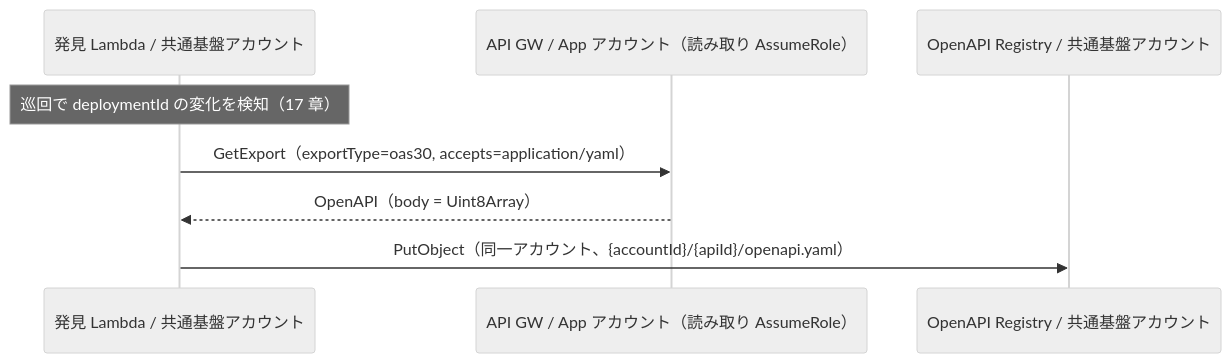
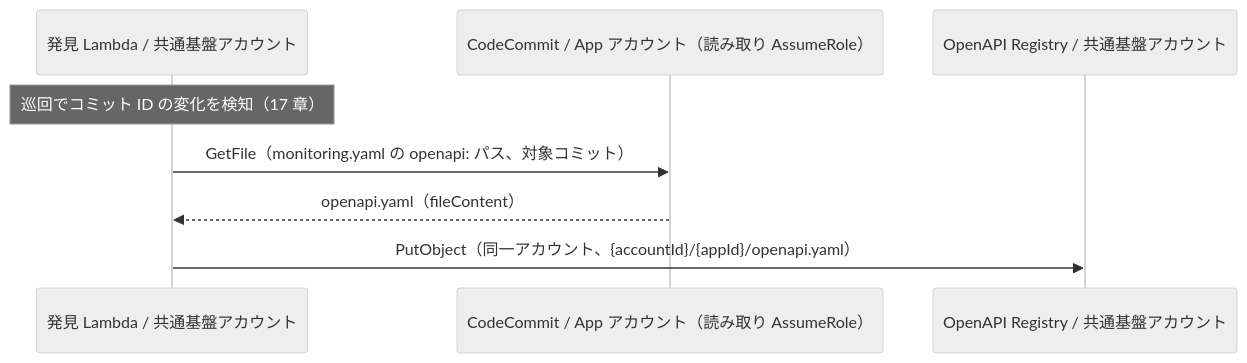
One commit to suepie/aws-atuh-poc changed the diagram in doc/api-platform/basic-design/13-openapi-registry-design.md. Above: the diagram before and after it, drawn with Mermaid (neutral theme). The commit also changed other lines of this file and 11 other files, not shown here.

````diff
--- a/doc/api-platform/basic-design/13-openapi-registry-design.md
+++ b/doc/api-platform/basic-design/13-openapi-registry-design.md
@@ -35,11 +35,11 @@
 ```mermaid
 sequenceDiagram
     participant DISC as 発見 Lambda / 共通基盤アカウント
-    participant AGW as API GW / App アカウント（読み取り AssumeRole）
+    participant CC as CodeCommit / App アカウント（読み取り AssumeRole）
     participant S3 as OpenAPI Registry / 共通基盤アカウント
 
-    Note over DISC: 巡回で deploymentId の変化を検知（17 章）
-    DISC->>AGW: GetExport（exportType=oas30, accepts=application/yaml）
-    AGW-->>DISC: OpenAPI（body = Uint8Array）
-    DISC->>S3: PutObject（同一アカウント、{accountId}/{apiId}/openapi.yaml）
+    Note over DISC: 巡回でコミット ID の変化を検知（17 章）
+    DISC->>CC: GetFile（monitoring.yaml の openapi: パス、対象コミット）
+    CC-->>DISC: openapi.yaml（fileContent）
+    DISC->>S3: PutObject（同一アカウント、{accountId}/{appId}/openapi.yaml）
 ```
````
